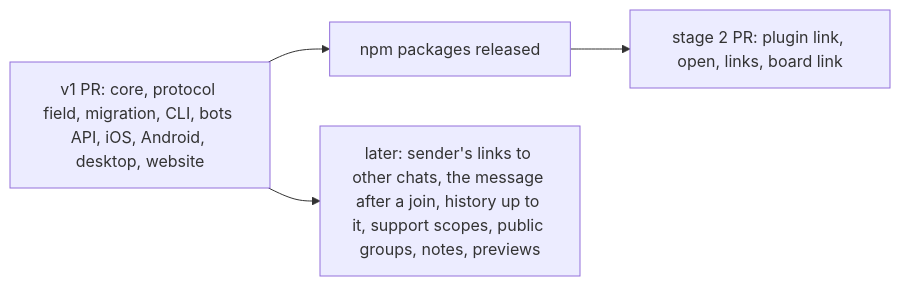
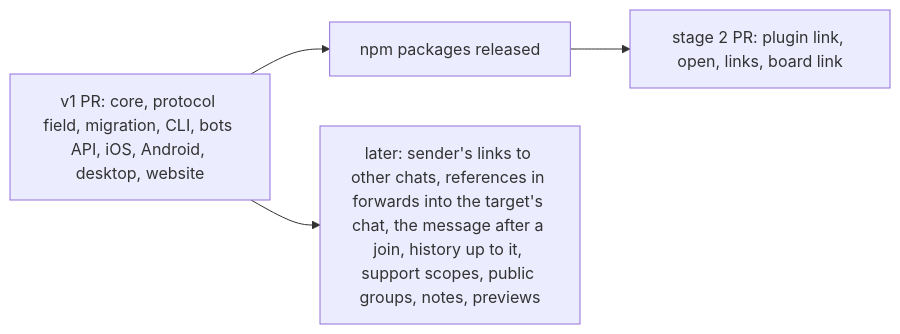
One commit to evgeny-simplex/simplex-chat changed the sixth of 6 diagrams in plans/2026-11-22-message-references.md. Above: the diagram before and after it, drawn with Mermaid. The commit also changed other lines of this file, not shown here.

Commit message:
core: plan v1 forwards of local message links as text

````diff
--- a/plans/2026-11-22-message-references.md
+++ b/plans/2026-11-22-message-references.md
@@ -539,6 +540,6 @@
 ```mermaid
 flowchart LR
   S1["v1 PR: core, protocol field, migration, CLI, bots API, iOS, Android, desktop, website"] --> R["npm packages released"]
   R --> S2["stage 2 PR: plugin link, open, links, board link"]
-  S1 --> S3["later: sender's links to other chats, the message after a join, history up to it, support scopes, public groups, notes, previews"]
+  S1 --> S3["later: sender's links to other chats, references in forwards into the target's chat, the message after a join, history up to it, support scopes, public groups, notes, previews"]
 ```
````
